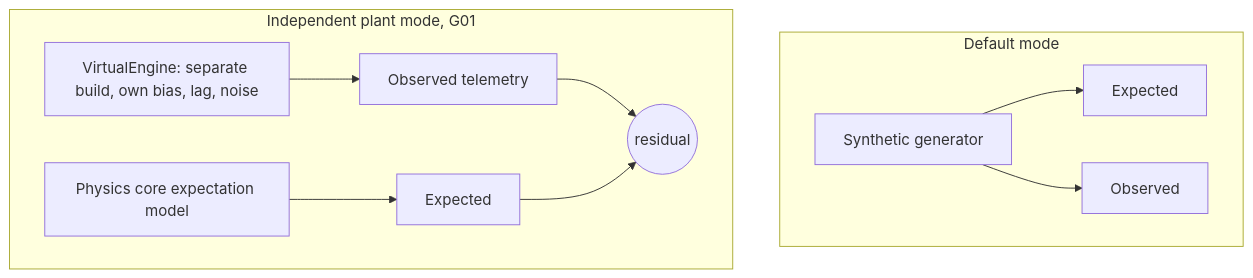
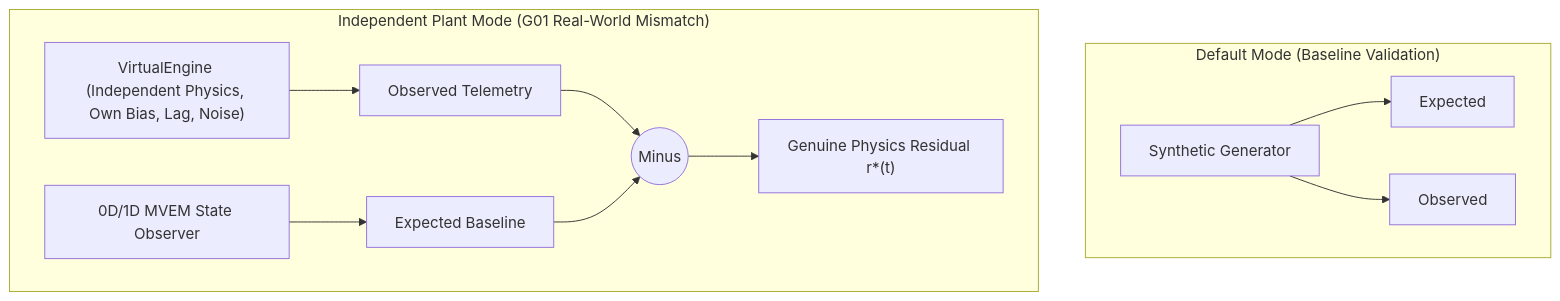
One commit to Aayush-Deshpande/Maverick changed the second of 2 diagrams in docs_site/technical/05-the-digital-twin.md. Above: the diagram before and after it, drawn with Mermaid. The commit also changed other lines of this file and 60 other files, not shown here.

````diff
--- a/docs_site/technical/05-the-digital-twin.md
+++ b/docs_site/technical/05-the-digital-twin.md
@@ -40,13 +94,14 @@
 ```mermaid
 flowchart TB
-    subgraph Default["Default mode"]
-        Gen["Synthetic generator"] --> Exp1["Expected"]
+    subgraph Default["Default Mode (Baseline Validation)"]
+        Gen["Synthetic Generator"] --> Exp1["Expected"]
         Gen --> Obs1["Observed"]
     end
-    subgraph Independent["Independent plant mode, G01"]
-        VE["VirtualEngine: separate build, own bias, lag, noise"] --> Obs2["Observed telemetry"]
-        Physics["Physics core expectation model"] --> Exp2["Expected"]
-        Obs2 --> R2((residual))
+    subgraph Independent["Independent Plant Mode (G01 Real-World Mismatch)"]
+        VE["VirtualEngine (Independent Physics, Own Bias, Lag, Noise)"] --> Obs2["Observed Telemetry"]
+        Physics["0D/1D MVEM State Observer"] --> Exp2["Expected Baseline"]
+        Obs2 --> R2((Minus))
         Exp2 --> R2
+        R2 --> Res["Genuine Physics Residual r*(t)"]
     end
 ```
````
